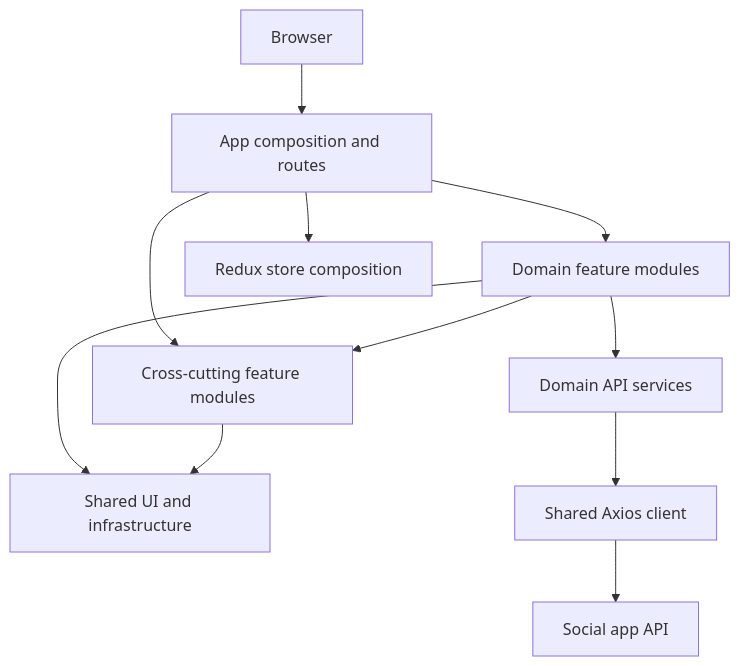
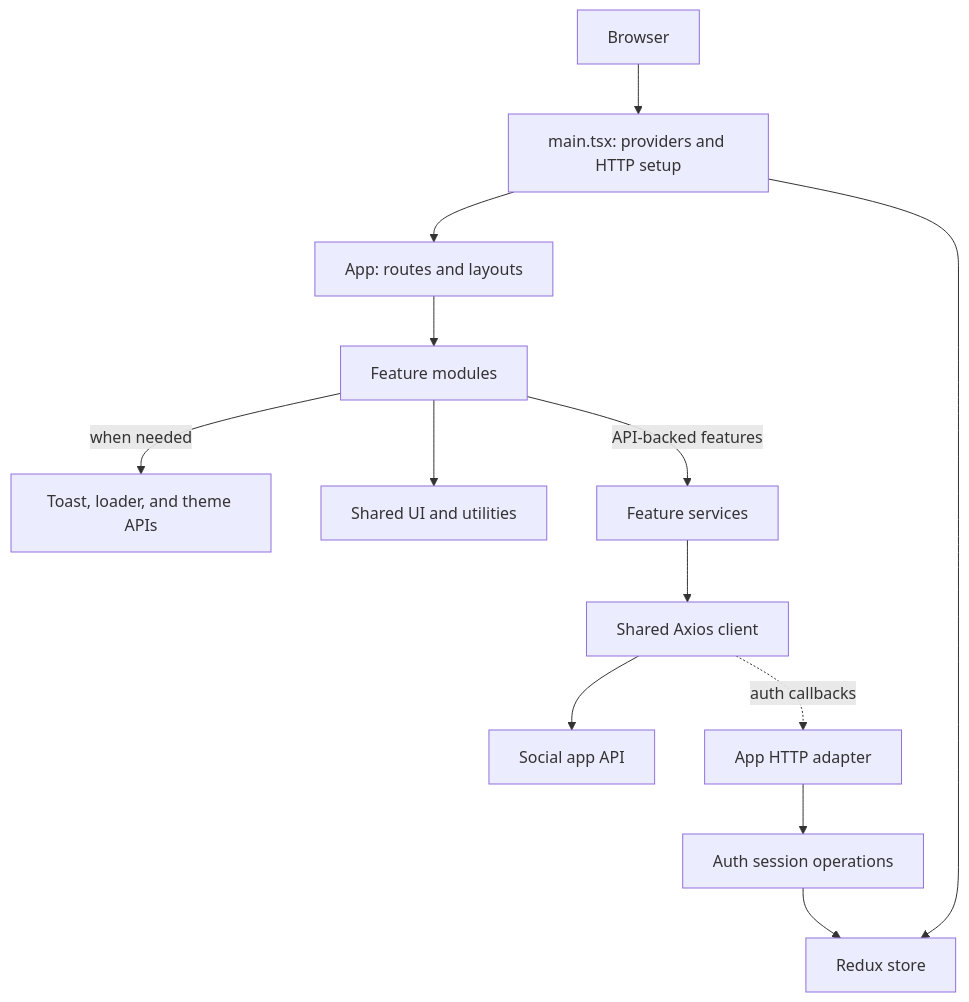
One commit to muhsintt777/insta changed the diagram in README.md. Above: the diagram before and after it, drawn with Mermaid. The commit also changed other lines of this file, not shown here.

Commit message:
docs: update README to clarify application architecture and improve feature descriptions

````diff
--- a/README.md
+++ b/README.md
@@ -29,13 +28,15 @@
 ```mermaid
 flowchart TD
-	Browser[Browser] --> App[App composition and routes]
-	App --> Domains[Domain feature modules]
-	App --> CrossCutting[Cross-cutting feature modules]
-	App --> Store[Redux store composition]
-	Domains --> CrossCutting
-	Domains --> Shared[Shared UI and infrastructure]
-	CrossCutting --> Shared
-	Domains --> Services[Domain API services]
+	Browser[Browser] --> Main[main.tsx: providers and HTTP setup]
+	Main --> App[App: routes and layouts]
+	Main --> Store[Redux store]
+	App --> Features[Feature modules]
+	Features -->|when needed| CrossCutting[Toast, loader, and theme APIs]
+	Features --> SharedUI[Shared UI and utilities]
+	Features -->|API-backed features| Services[Feature services]
 	Services --> Http[Shared Axios client]
 	Http --> API[Social app API]
+	Http -. auth callbacks .-> Adapter[App HTTP adapter]
+	Adapter --> Auth[Auth session operations]
+	Auth --> Store
 ```
````
